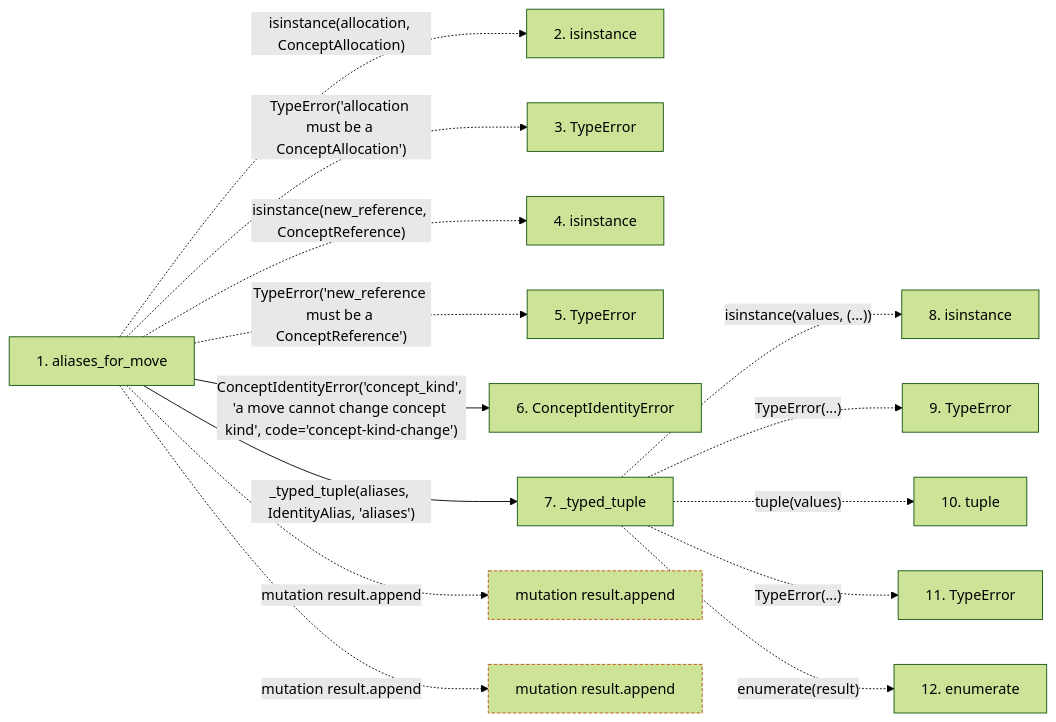
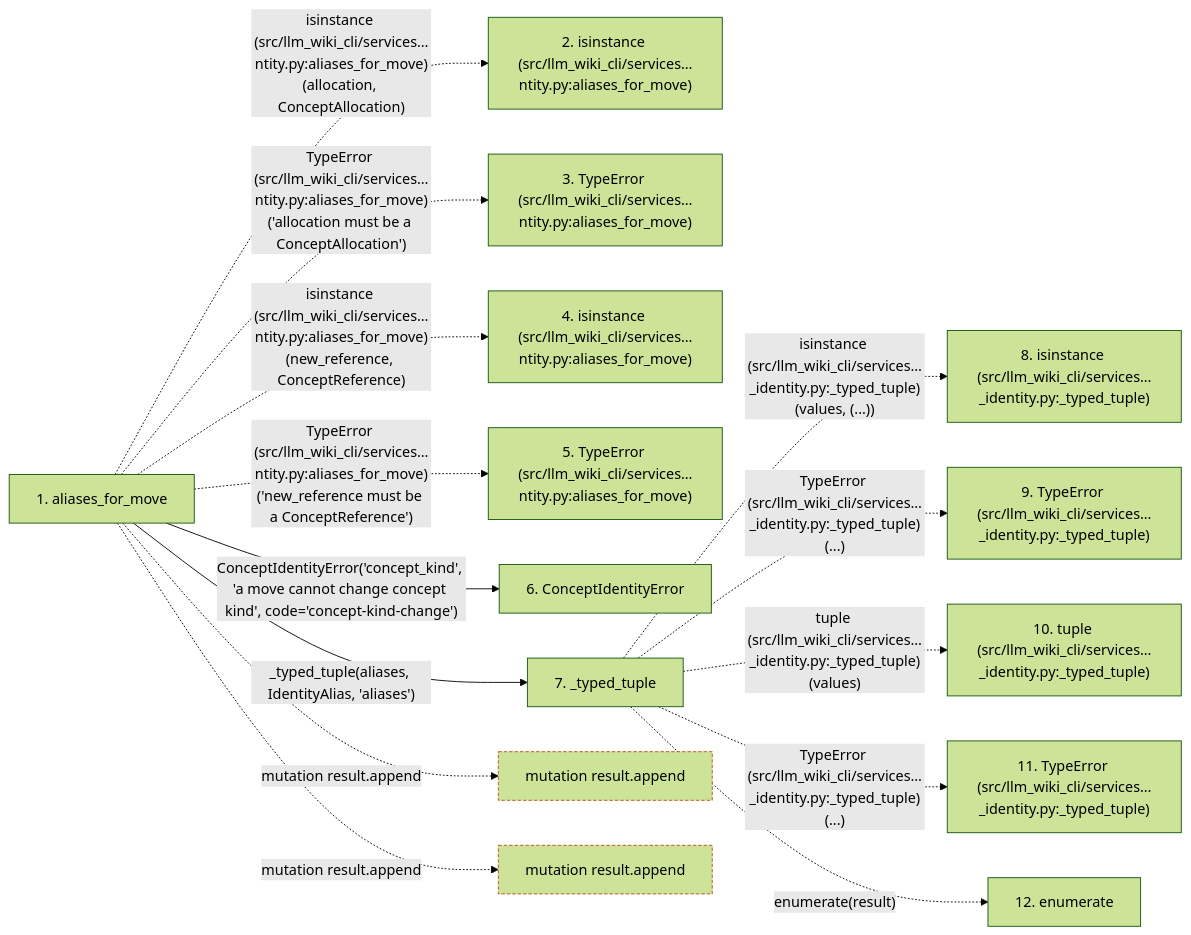
The second of 2 diagrams in docs/llm_wiki/flows/api-aliases_for_move.md (Denissvgn/python-wiki-llm), drawn with Mermaid (forest theme) before and after one commit. The commit also changed other lines of this file and 719 other files, not shown here.

````diff
--- a/docs/llm_wiki/flows/api-aliases_for_move.md
+++ b/docs/llm_wiki/flows/api-aliases_for_move.md
@@ -68,36 +72,36 @@
 ```mermaid
 flowchart LR
     s1["1. aliases_for_move"]
-    s2["2. isinstance"]
-    s3["3. TypeError"]
-    s4["4. isinstance"]
-    s5["5. TypeError"]
+    s2["2. isinstance (src/llm_wiki_cli/services…ntity.py:aliases_for_move)"]
+    s3["3. TypeError (src/llm_wiki_cli/services…ntity.py:aliases_for_move)"]
+    s4["4. isinstance (src/llm_wiki_cli/services…ntity.py:aliases_for_move)"]
+    s5["5. TypeError (src/llm_wiki_cli/services…ntity.py:aliases_for_move)"]
     s6["6. ConceptIdentityError"]
     s7["7. _typed_tuple"]
-    s8["8. isinstance"]
-    s9["9. TypeError"]
-    s10["10. tuple"]
-    s11["11. TypeError"]
+    s8["8. isinstance (src/llm_wiki_cli/services…_identity.py:_typed_tuple)"]
+    s9["9. TypeError (src/llm_wiki_cli/services…_identity.py:_typed_tuple)"]
+    s10["10. tuple (src/llm_wiki_cli/services…_identity.py:_typed_tuple)"]
+    s11["11. TypeError (src/llm_wiki_cli/services…_identity.py:_typed_tuple)"]
     s12["12. enumerate"]
-    s1 -. "isinstance(allocation, ConceptAllocation)" .-> s2
-    s1 -. "TypeError('allocation must be a ConceptAllocation')" .-> s3
-    s1 -. "isinstance(new_reference, ConceptReference)" .-> s4
-    s1 -. "TypeError('new_reference must be a ConceptReference')" .-> s5
+    s1 -. "isinstance (src/llm_wiki_cli/services…ntity.py:aliases_for_move)(allocation, ConceptAllocation)" .-> s2
+    s1 -. "TypeError (src/llm_wiki_cli/services…ntity.py:aliases_for_move)('allocation must be a ConceptAllocation')" .-> s3
+    s1 -. "isinstance (src/llm_wiki_cli/services…ntity.py:aliases_for_move)(new_reference, ConceptReference)" .-> s4
+    s1 -. "TypeError (src/llm_wiki_cli/services…ntity.py:aliases_for_move)('new_reference must be a ConceptReference')" .-> s5
     s1 -->|"ConceptIdentityError('concept_kind', 'a move cannot change concept kind', code='concept-kind-change')"| s6
     s1 -->|"_typed_tuple(aliases, IdentityAlias, 'aliases')"| s7
-    s7 -. "isinstance(values, (...))" .-> s8
-    s7 -. "TypeError(...)" .-> s9
-    s7 -. "tuple(values)" .-> s10
-    s7 -. "TypeError(...)" .-> s11
+    s7 -. "isinstance (src/llm_wiki_cli/services…_identity.py:_typed_tuple)(values, (...))" .-> s8
+    s7 -. "TypeError (src/llm_wiki_cli/services…_identity.py:_typed_tuple)(...)" .-> s9
+    s7 -. "tuple (src/llm_wiki_cli/services…_identity.py:_typed_tuple)(values)" .-> s10
+    s7 -. "TypeError (src/llm_wiki_cli/services…_identity.py:_typed_tuple)(...)" .-> s11
     s7 -. "enumerate(result)" .-> s12
     b0["mutation result.append"]
     s1 -. "mutation result.append" .-> b0
     b1["mutation result.append"]
     s1 -. "mutation result.append" .-> b1
     click s1 "../modules/concept_identity.md"
     click s6 "../modules/concept_identity.md"
     click s7 "../modules/concept_identity.md"
     classDef boundary stroke:#b45309,stroke-dasharray: 4 2
     class b0 boundary
     class b1 boundary
 ```
````
